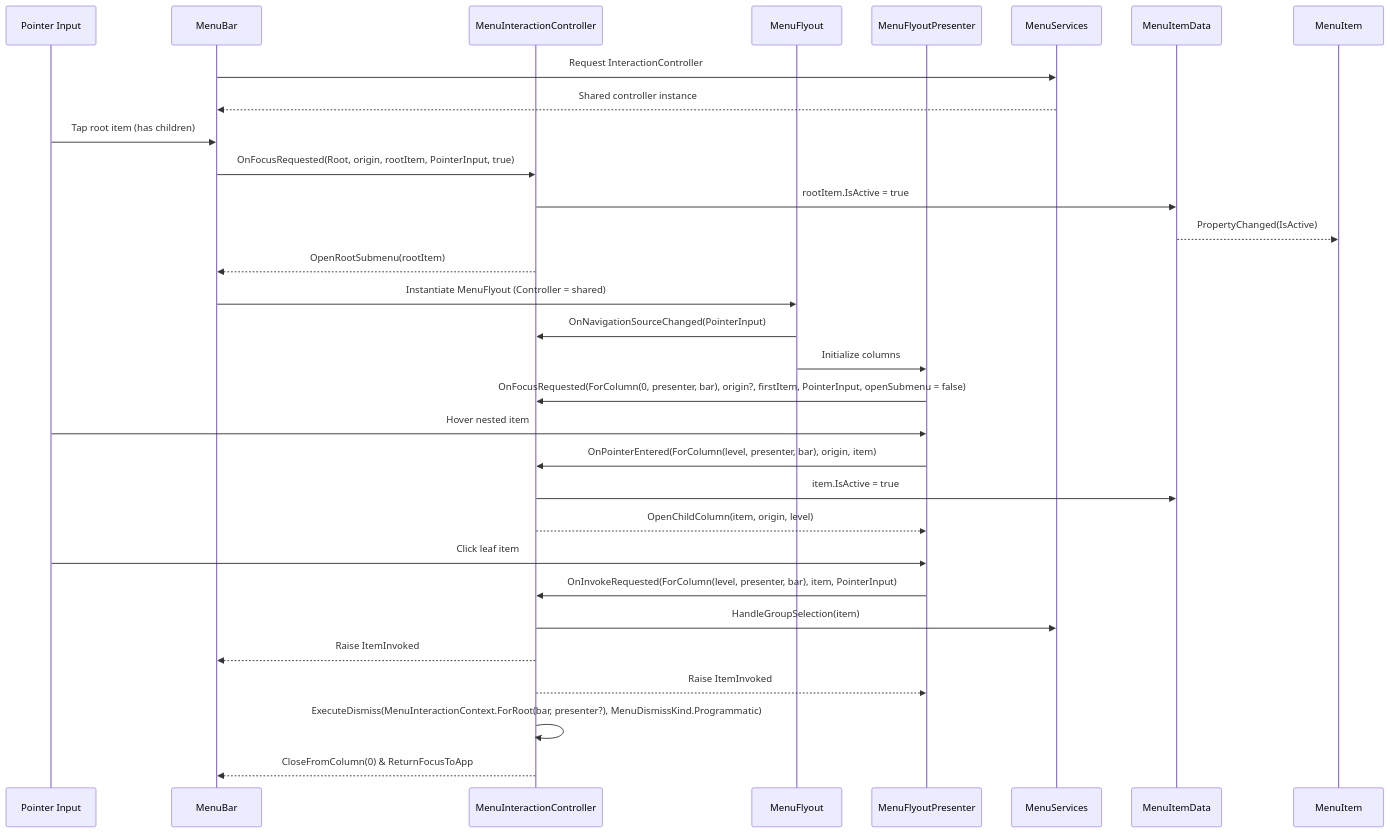
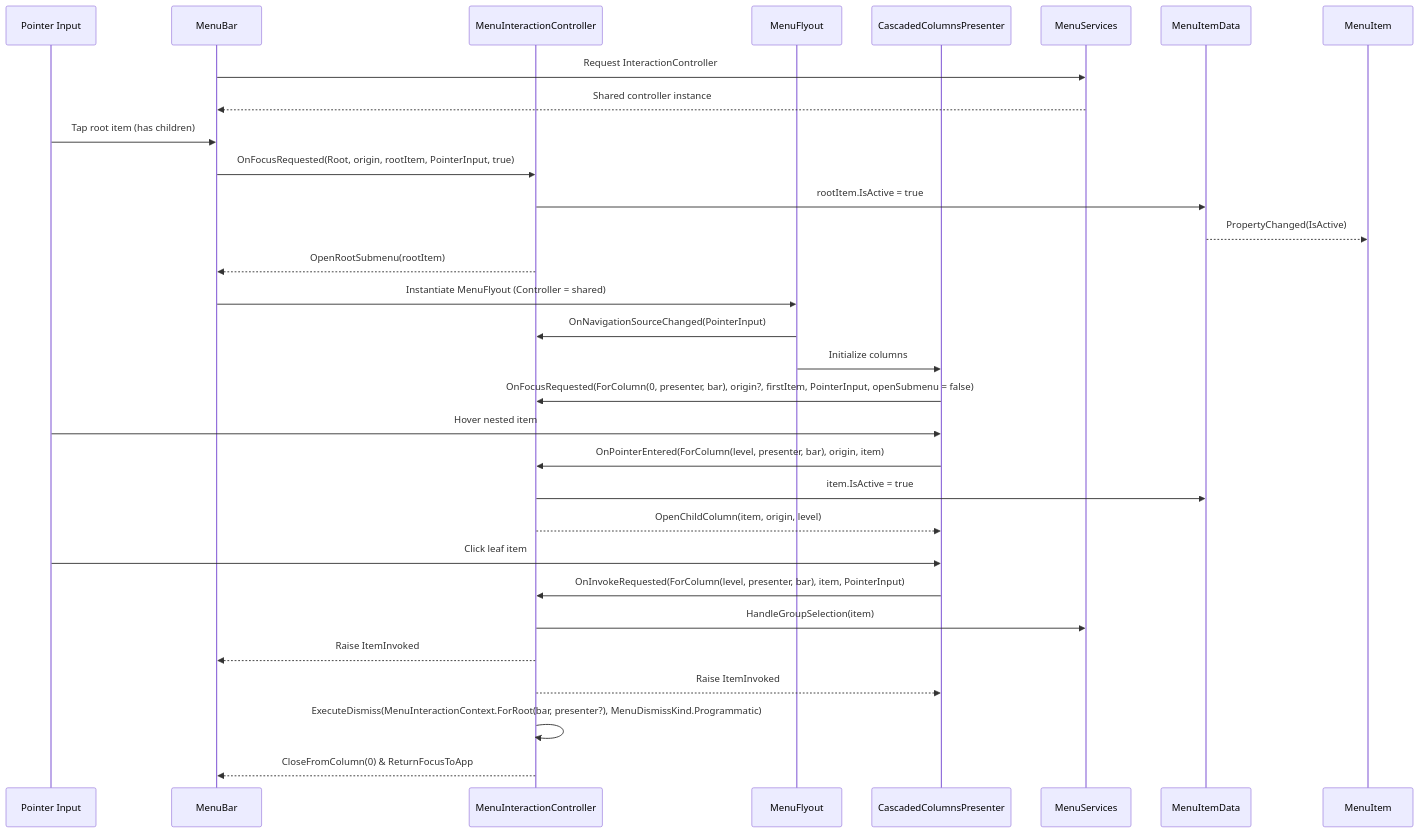
Before and after one commit to abdes/DroidNet: the first of 3 diagrams in projects/Controls/Menus/refactor.md, drawn with Mermaid. The commit also changed other lines of this file and 85 other files, not shown here.

````diff
--- a/projects/Controls/Menus/refactor.md
+++ b/projects/Controls/Menus/refactor.md
@@ -78,34 +78,34 @@
 ```mermaid
 sequenceDiagram
   participant Pointer as Pointer Input
   participant Bar as MenuBar
   participant Controller as MenuInteractionController
   participant Flyout as MenuFlyout
-  participant Presenter as MenuFlyoutPresenter
+  participant Presenter as CascadedColumnsPresenter
   participant Services as MenuServices
   participant Data as MenuItemData
   participant Item as MenuItem
 
   Bar->>Services: Request InteractionController
   Services-->>Bar: Shared controller instance
   Pointer->>Bar: Tap root item (has children)
   Bar->>Controller: OnFocusRequested(Root, origin, rootItem, PointerInput, true)
   Controller->>Data: rootItem.IsActive = true
   Data-->>Item: PropertyChanged(IsActive)
   Controller-->>Bar: OpenRootSubmenu(rootItem)
   Bar->>Flyout: Instantiate MenuFlyout (Controller = shared)
   Flyout->>Controller: OnNavigationSourceChanged(PointerInput)
   Flyout->>Presenter: Initialize columns
   Presenter->>Controller: OnFocusRequested(ForColumn(0, presenter, bar), origin?, firstItem, PointerInput, openSubmenu = false)
   Pointer->>Presenter: Hover nested item
   Presenter->>Controller: OnPointerEntered(ForColumn(level, presenter, bar), origin, item)
   Controller->>Data: item.IsActive = true
   Controller-->>Presenter: OpenChildColumn(item, origin, level)
   Pointer->>Presenter: Click leaf item
   Presenter->>Controller: OnInvokeRequested(ForColumn(level, presenter, bar), item, PointerInput)
   Controller->>Services: HandleGroupSelection(item)
   Controller-->>Bar: Raise ItemInvoked
   Controller-->>Presenter: Raise ItemInvoked
   Controller->>Controller: ExecuteDismiss(MenuInteractionContext.ForRoot(bar, presenter?), MenuDismissKind.Programmatic)
   Controller-->>Bar: CloseFromColumn(0) & ReturnFocusToApp
 ```
````
